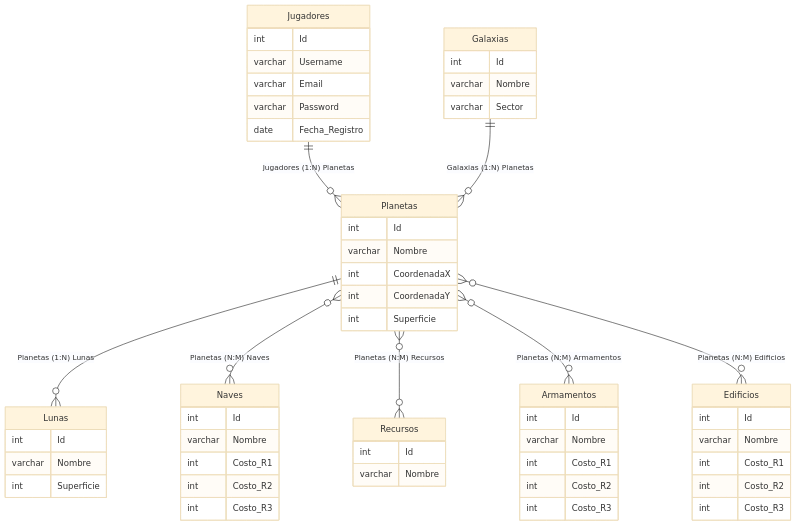
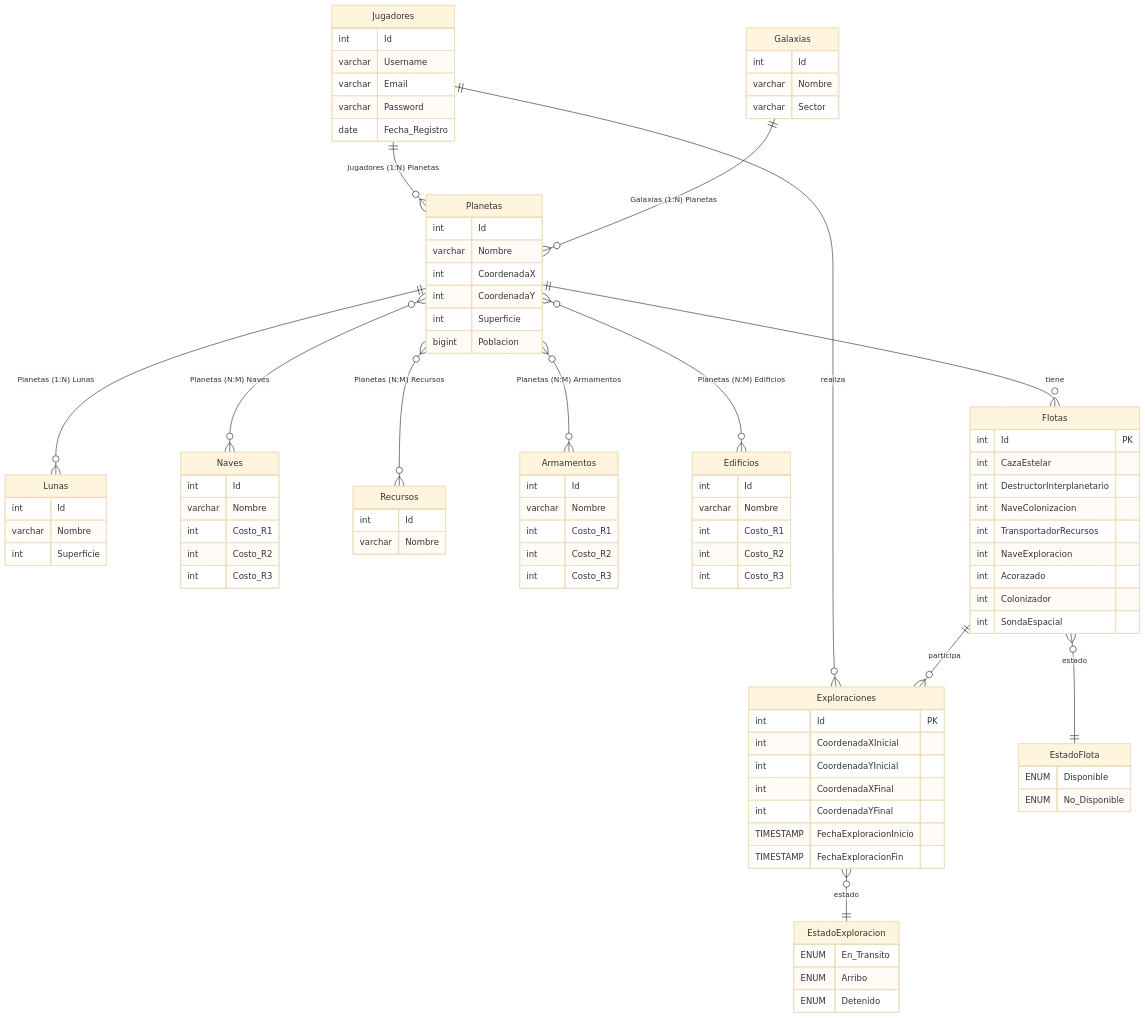
The diagram in DER.mermaid (sgarabaya/imperio), drawn with Mermaid (base theme) before and after one commit. The commit also changed 85 other files, not shown here.

```diff
--- a/DER.mermaid
+++ b/DER.mermaid
@@ -1,59 +1,98 @@
 erDiagram
     Jugadores {
         int Id
         varchar Username
         varchar Email
         varchar Password
         date Fecha_Registro
     }
     Galaxias {
         int Id
         varchar Nombre
         varchar Sector
     }
     Planetas {
         int Id
         varchar Nombre
         int CoordenadaX
         int CoordenadaY
         int Superficie
+        bigint Poblacion
     }
     Lunas {
         int Id
         varchar Nombre
         int Superficie
     }
     Naves {
         int Id
         varchar Nombre
         int Costo_R1
         int Costo_R2
         int Costo_R3
     }
     Recursos {
         int Id
         varchar Nombre
     }
     Armamentos {
         int Id
         varchar Nombre
         int Costo_R1
         int Costo_R2
         int Costo_R3
     }
     Edificios {
         int Id
         varchar Nombre
         int Costo_R1
         int Costo_R2
         int Costo_R3
     }
+    Flotas {
+        int Id PK
+        int CazaEstelar
+        int DestructorInterplanetario
+        int NaveColonizacion
+        int TransportadorRecursos
+        int NaveExploracion
+        int Acorazado
+        int Colonizador
+        int SondaEspacial
+    }
+
+    Exploraciones {
+        int Id PK
+        int CoordenadaXInicial
+        int CoordenadaYInicial
+        int CoordenadaXFinal
+        int CoordenadaYFinal
+        TIMESTAMP FechaExploracionInicio
+        TIMESTAMP FechaExploracionFin
+    }
+
+    EstadoFlota {
+        ENUM Disponible
+        ENUM No_Disponible
+    }
+
+    EstadoExploracion {
+        ENUM En_Transito
+        ENUM Arribo
+        ENUM Detenido
+    }
 
     %% relaciones entre entidades:
     Jugadores ||--o{ Planetas : "Jugadores (1:N) Planetas"
     Galaxias ||--o{ Planetas : "Galaxias (1:N) Planetas"
     Planetas ||--o{ Lunas : "Planetas (1:N) Lunas"
     Planetas }o--o{ Naves : "Planetas (N:M) Naves"
     Planetas }o--o{ Recursos : "Planetas (N:M) Recursos"
     Planetas }o--o{ Armamentos : "Planetas (N:M) Armamentos"
     Planetas }o--o{ Edificios : "Planetas (N:M) Edificios"
+
+    Planetas ||--o{ Flotas : "tiene"
+    Jugadores ||--o{ Exploraciones : "realiza"
+    Flotas ||--o{ Exploraciones : "participa"
+    Flotas }o--|| EstadoFlota : "estado"
+    Exploraciones }o--|| EstadoExploracion : "estado"
```
